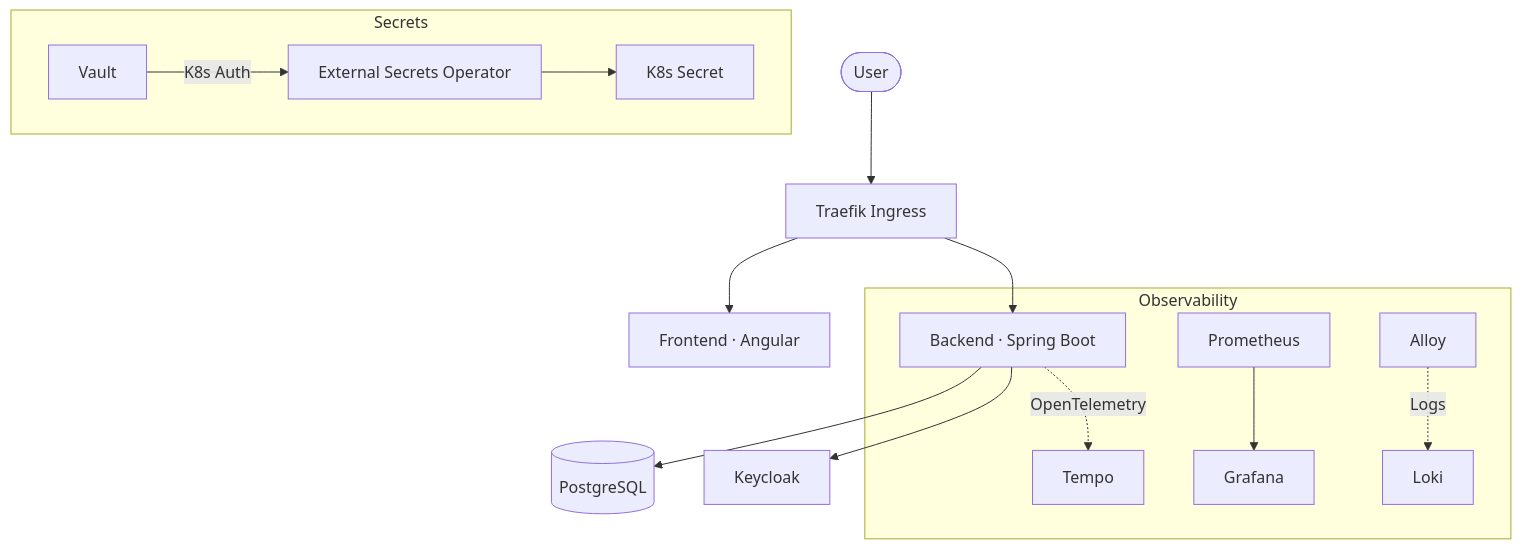
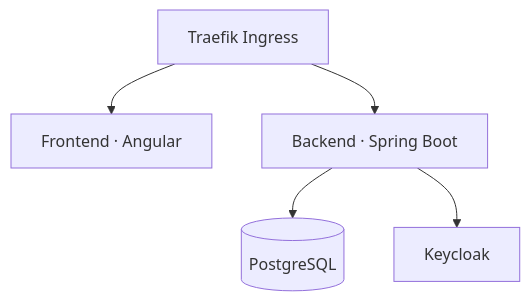
The first of 4 diagrams in README.md (gartmeier/notes), drawn with Mermaid before and after one commit. The commit also changed other lines of this file, not shown here.

Commit message:
Simplify architecture, fix CI/CD and secrets Mermaid diagrams

````diff
--- a/README.md
+++ b/README.md
@@ -7,19 +7,7 @@
 ```mermaid
 graph TD
-    User([User]) --> Traefik[Traefik Ingress]
-    Traefik --> Frontend[Frontend · Angular]
+    Traefik[Traefik Ingress] --> Frontend[Frontend · Angular]
     Traefik --> Backend[Backend · Spring Boot]
     Backend --> PostgreSQL[(PostgreSQL)]
     Backend --> Keycloak[Keycloak]
-
-    subgraph Observability
-        Prometheus --> Grafana
-        Backend -.->|OpenTelemetry| Tempo
-        Alloy -.->|Logs| Loki
-    end
-
-    subgraph Secrets
-        Vault -->|K8s Auth| ESO[External Secrets Operator]
-        ESO --> K8sSecret[K8s Secret]
-    end
 ```
````
